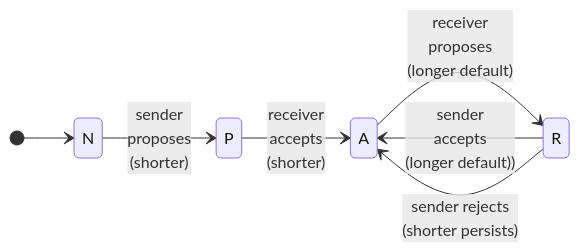
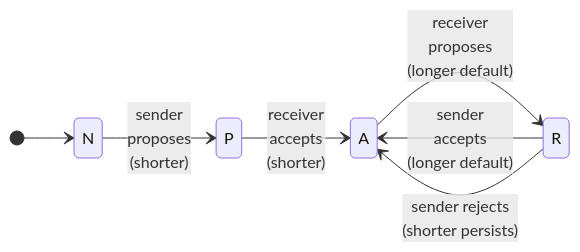
Before and after one commit to CERTCC/Vultron: the fifth of 6 diagrams in docs/topics/process_models/em/defaults.md, drawn with Mermaid. The commit also changed other lines of this file and 44 other files, not shown here.

````diff
--- a/docs/topics/process_models/em/defaults.md
+++ b/docs/topics/process_models/em/defaults.md
@@ -291,10 +233,10 @@
 ```mermaid
 stateDiagram-v2
     direction LR
     [*] --> N
     N --> P : sender<br/>proposes<br/>(shorter)
     P --> A : receiver<br/>accepts<br/>(shorter)
     A --> R : receiver<br/>proposes<br/>(longer default)
-    R --> A : sender<br/>accepts<br/>(longer default))
+    R --> A : sender<br/>accepts<br/>(longer default)
     R --> A : sender rejects<br/>(shorter persists)
 ```
````
